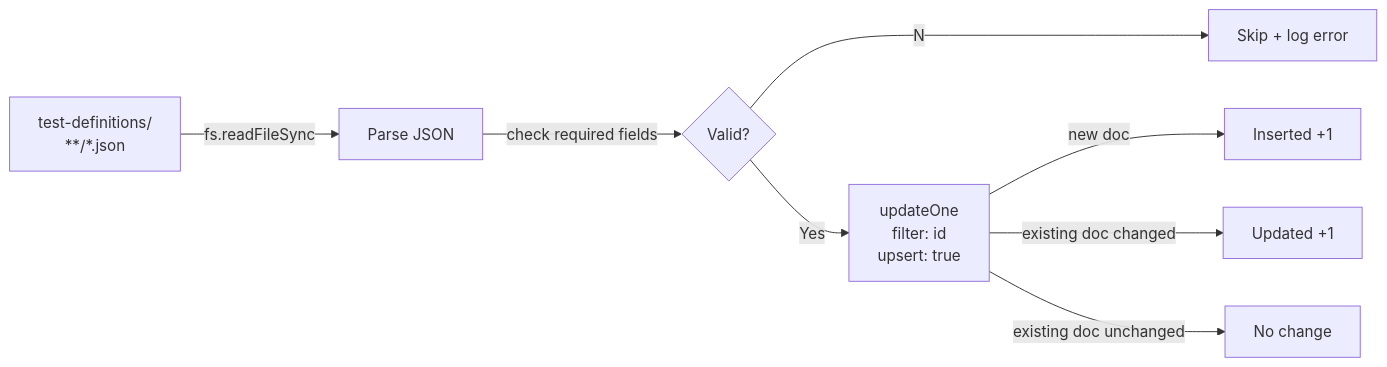
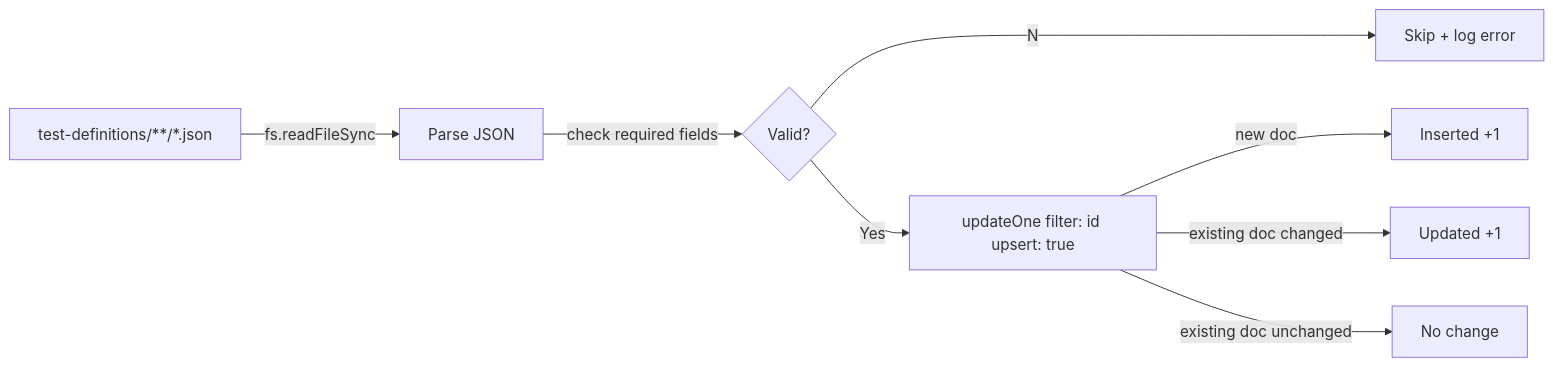
The seventh of 12 diagrams in docs/strategy/0-roadmap.md (Univers42/QA), drawn with Mermaid before and after one commit. The commit also changed other lines of this file and 2 other files, not shown here.

````diff
--- a/docs/strategy/0-roadmap.md
+++ b/docs/strategy/0-roadmap.md
@@ -208,10 +208,10 @@
 ```mermaid
 flowchart LR
-    A["test-definitions/\n**/*.json"]-->|"fs.readFileSync"| B["Parse JSON"]
+    A["test-definitions/**/*.json"]-->|"fs.readFileSync"| B["Parse JSON"]
     B-->|"check required fields"| C{"Valid?"}
     C--No-->D["Skip + log error"]
-    C--Yes-->E["updateOne\nfilter: id\nupsert: true"]
+    C--Yes-->E["updateOne filter: id upsert: true"]
     E-->|"new doc"| F["Inserted +1"]
     E-->|"existing doc changed"| G["Updated +1"]
     E-->|"existing doc unchanged"| H["No change"]
 ```
````
